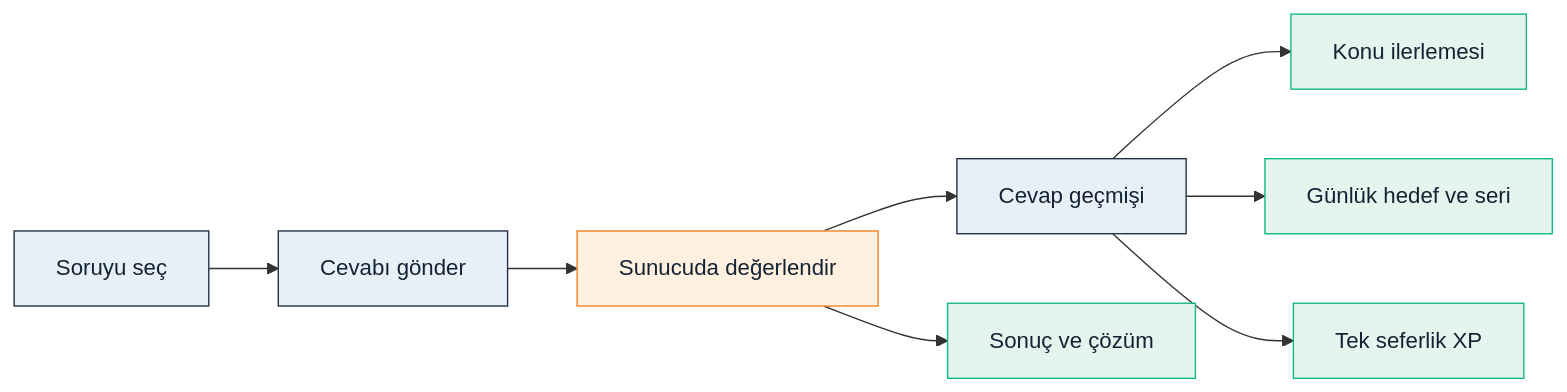
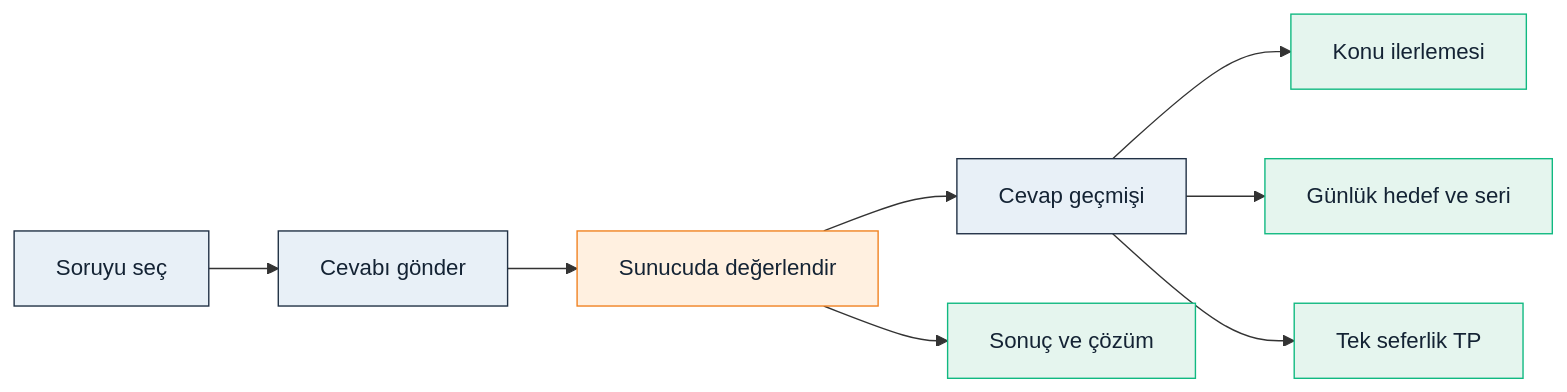
The second of 12 diagrams in README.md (keminbtepe/KPSS-ODAK), drawn with Mermaid before and after one commit. The commit also changed other lines of this file and 8 other files, not shown here.

````diff
--- a/README.md
+++ b/README.md
@@ -348,16 +415,16 @@
 ```mermaid
 flowchart LR
     Q["Soruyu seç"] --> A["Cevabı gönder"]
     A --> V["Sunucuda değerlendir"]
     V --> R["Cevap geçmişi"]
     R --> P["Konu ilerlemesi"]
     R --> D["Günlük hedef ve seri"]
-    R --> X["Tek seferlik XP"]
+    R --> X["Tek seferlik TP"]
     V --> S["Sonuç ve çözüm"]
     classDef neutral fill:#e8f0f7,stroke:#213145,color:#142334;
     classDef active fill:#fff0e0,stroke:#f08221,color:#142334;
     classDef result fill:#e5f5ee,stroke:#10b981,color:#142334;
     class Q,A,R neutral;
     class V active;
     class P,D,X,S result;
 ```
````
